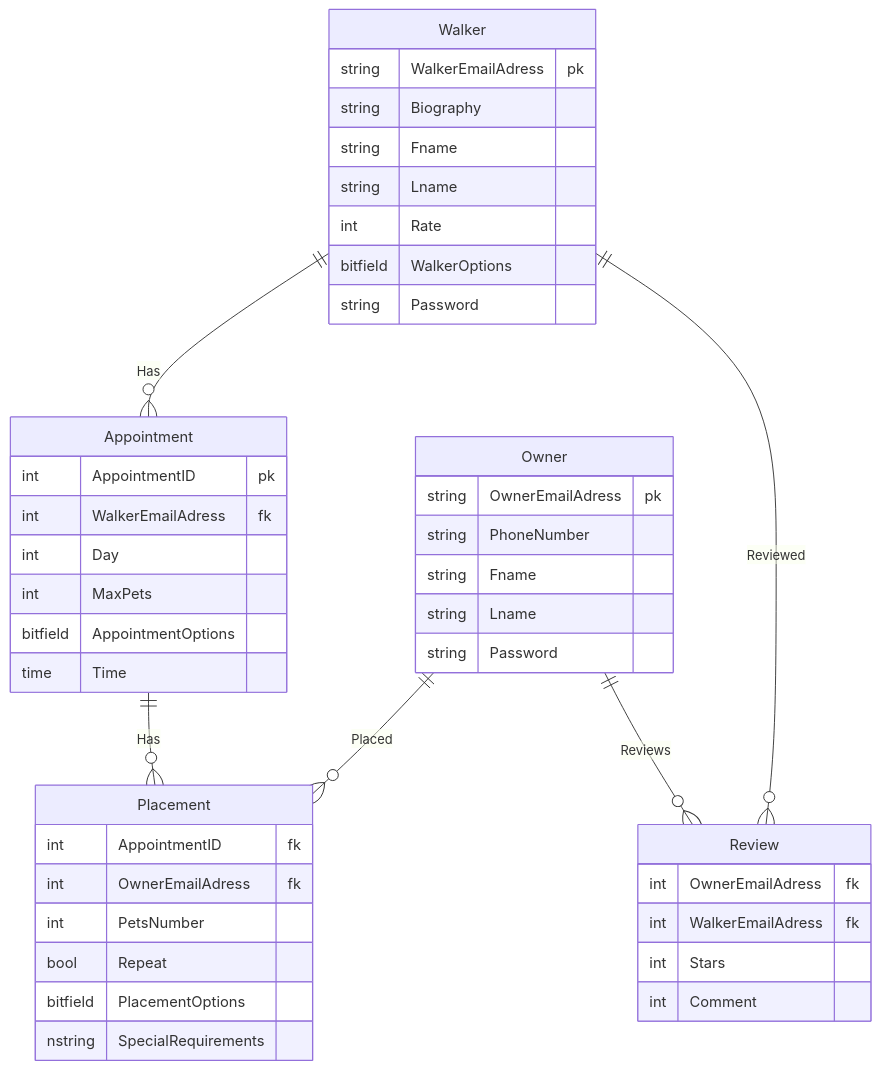
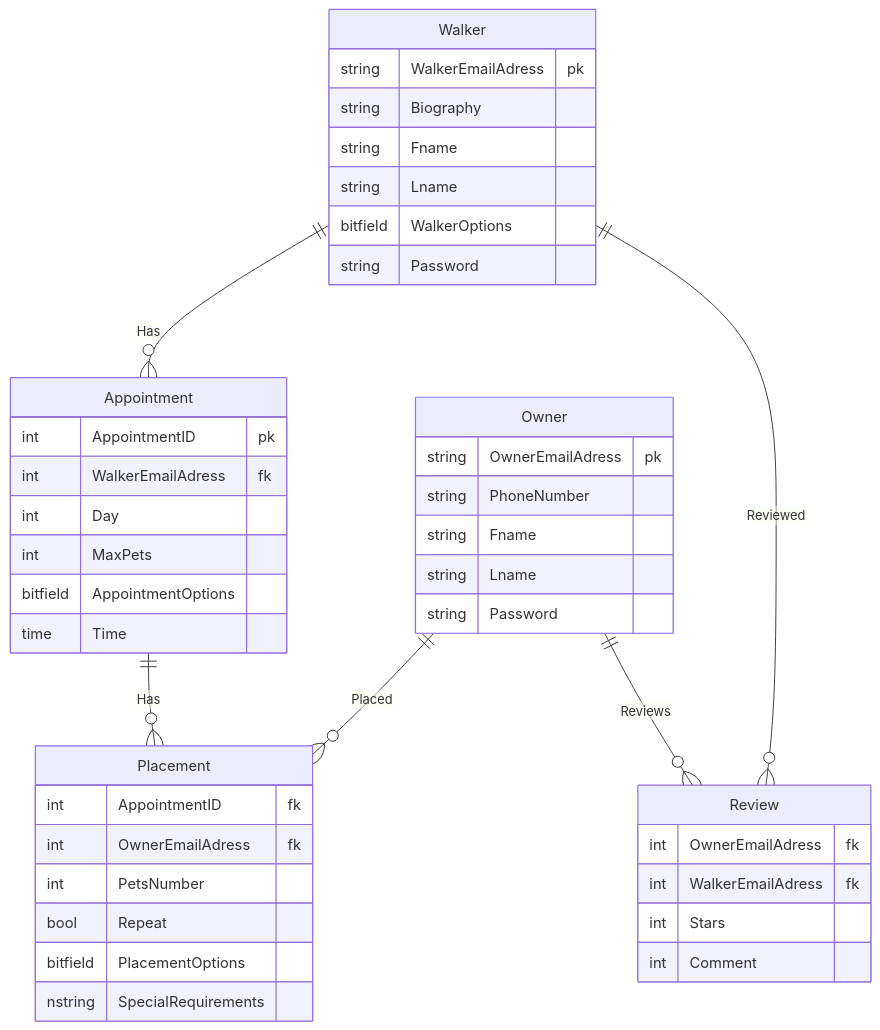
The diagram in erd.md (penguinjuice311/coursework), drawn with Mermaid before and after one commit.

````diff
--- a/erd.md
+++ b/erd.md
@@ -1,48 +1,47 @@
 ```mermaid
 erDiagram
 
 Walker ||--o{Appointment: Has
 Appointment ||--o{Placement: Has
 Owner ||--o{Placement: Placed
 Walker ||--o{Review: Reviewed
 Owner ||--o{Review: Reviews
 
 Walker {
   string WalkerEmailAdress pk
   string Biography 
   string Fname
   string Lname
-  int Rate 
   bitfield WalkerOptions
   string Password }
 
 Owner {
   string OwnerEmailAdress pk
   string PhoneNumber 
   string Fname
   string Lname
   string Password }
 
 Appointment {
   int AppointmentID pk
   int WalkerEmailAdress fk
   int Day 
   int MaxPets
   bitfield AppointmentOptions
   time Time }
 
 Placement {
   int AppointmentID fk
   int OwnerEmailAdress fk
   int PetsNumber
   bool Repeat
   bitfield PlacementOptions
   nstring SpecialRequirements }
 
 Review {
   int OwnerEmailAdress fk
   int WalkerEmailAdress fk
   int Stars
   int Comment }
 
 ```
````
